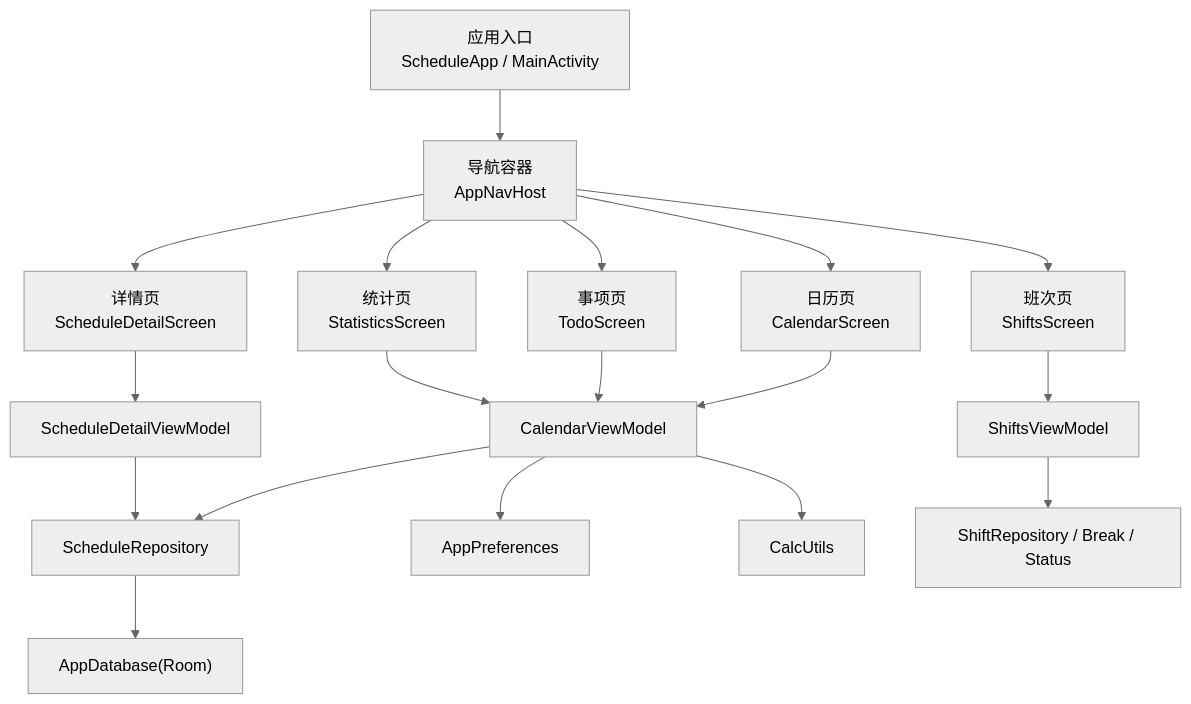
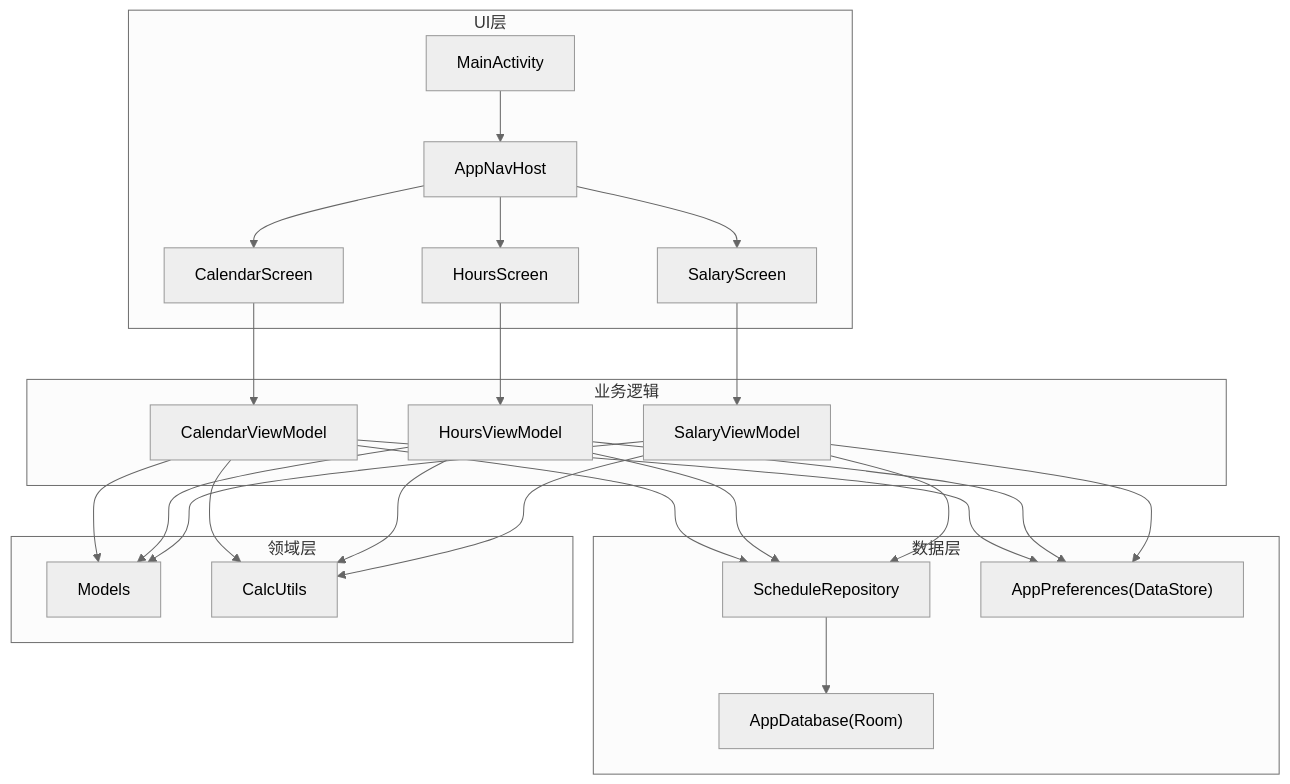
One commit to xiaobai860/paibanrili changed the first of 7 diagrams in .qoder/repowiki/zh/content/核心功能模块/核心功能模块.md. Above: the diagram before and after it, drawn with Mermaid (neutral theme). The commit also changed other lines of this file and 245 other files, not shown here.

````diff
--- a/.qoder/repowiki/zh/content/核心功能模块/核心功能模块.md
+++ b/.qoder/repowiki/zh/content/核心功能模块/核心功能模块.md
@@ -45,20 +46,39 @@
 ```mermaid
 graph TB
-A["应用入口<br/>ScheduleApp / MainActivity"] --> B["导航容器<br/>AppNavHost"]
-B --> C["日历页<br/>CalendarScreen"]
-B --> D["事项页<br/>TodoScreen"]
-B --> E["统计页<br/>StatisticsScreen"]
-B --> F["班次页<br/>ShiftsScreen"]
-B --> G["详情页<br/>ScheduleDetailScreen"]
-C --> VM1["CalendarViewModel"]
-D --> VM1
-E --> VM1
-F --> VM2["ShiftsViewModel"]
-G --> VM3["ScheduleDetailViewModel"]
-VM1 --> Repo1["ScheduleRepository"]
-VM1 --> Prefs["AppPreferences"]
-VM1 --> Calc["CalcUtils"]
-VM2 --> Repo2["ShiftRepository / Break / Status"]
-VM3 --> Repo1
-Repo1 --> DB["AppDatabase(Room)"]
+subgraph "UI层"
+A["MainActivity"] --> B["AppNavHost"]
+B --> C["CalendarScreen"]
+B --> D["HoursScreen"]
+B --> E["SalaryScreen"]
+end
+subgraph "业务逻辑"
+F["CalendarViewModel"]
+G["HoursViewModel"]
+H["SalaryViewModel"]
+end
+subgraph "数据层"
+I["ScheduleRepository"]
+J["AppDatabase(Room)"]
+K["AppPreferences(DataStore)"]
+end
+subgraph "领域层"
+L["Models"]
+M["CalcUtils"]
+end
+C --> F
+D --> G
+E --> H
+F --> I
+G --> I
+H --> I
+I --> J
+F --> K
+G --> K
+H --> K
+F --> L
+G --> L
+H --> L
+F --> M
+G --> M
+H --> M
 ```
````
